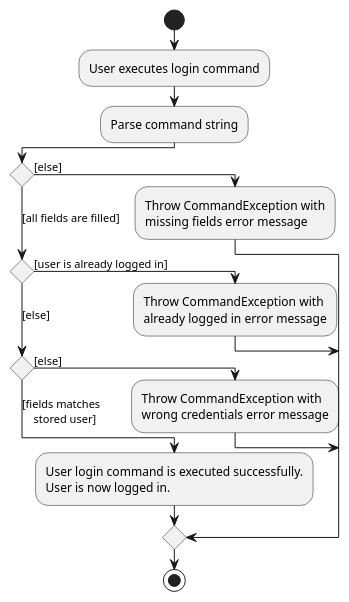
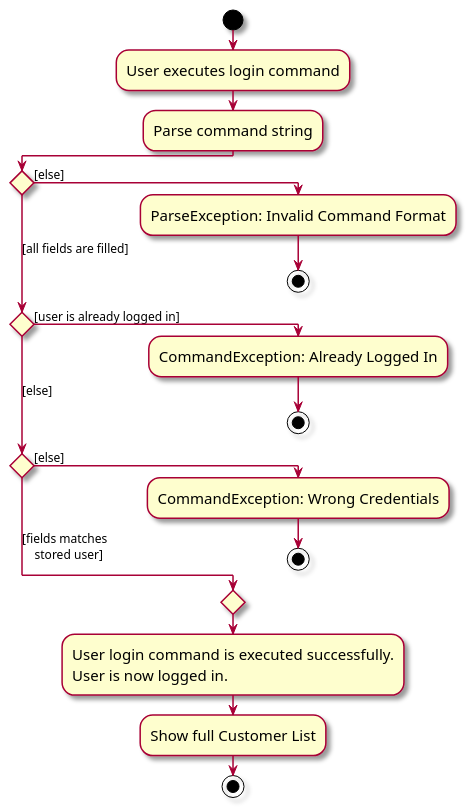
Before and after one commit to zhonghan721/tp: the diagram in docs/diagrams/UserLoginActivityDiagram.puml, drawn with PlantUML. The commit also changed 3 other files, not shown here.

Commit message:
Update diagrams for login and logout

```diff
--- a/docs/diagrams/UserLoginActivityDiagram.puml
+++ b/docs/diagrams/UserLoginActivityDiagram.puml
@@ -1,23 +1,28 @@
 @startuml
+skin rose
+skinparam ActivityFontSize 15
+skinparam ArrowFontSize 12
 !pragma useVerticalIf on
 start
 :User executes login command;
 :Parse command string;
 
 if () then ([else])
-    :Throw CommandException with
-    missing fields error message;
+    :ParseException: Invalid Command Format;
+    stop
 ([all fields are filled]) elseif () then ([user is already logged in])
-    :Throw CommandException with
-    already logged in error message;
+    :CommandException: Already Logged In;
+    stop
 ([else]) elseif () then ([else])
-    :Throw CommandException with
-    wrong credentials error message;
+    :CommandException: Wrong Credentials;
+    stop
 else ([fields matches
     stored user])
-    :User login command is executed successfully.
-    User is now logged in.;
+
 endif
+:User login command is executed successfully.
+User is now logged in.;
+:Show full Customer List;
 
 stop
 @enduml
```
